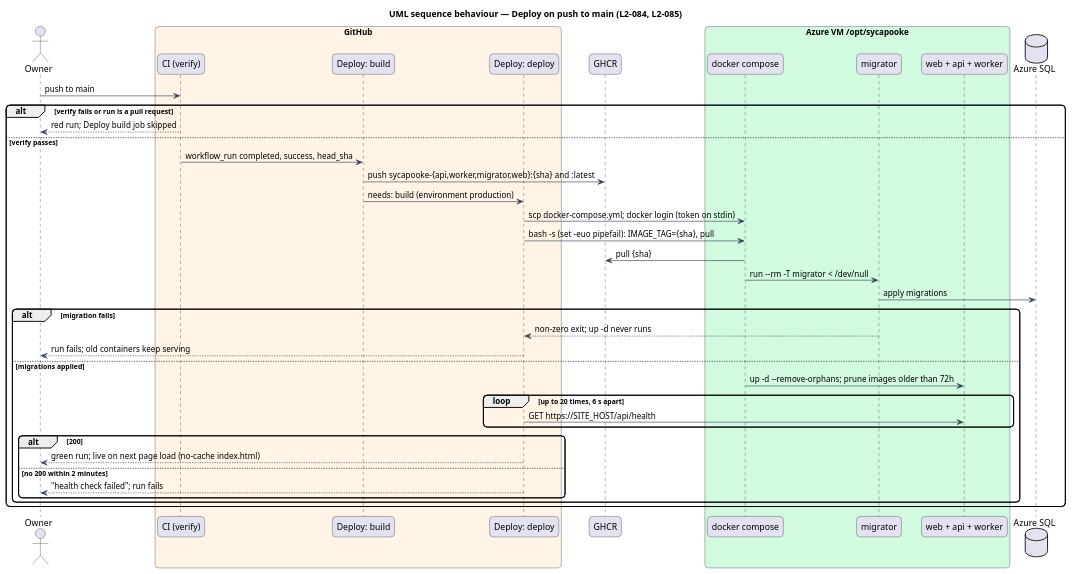
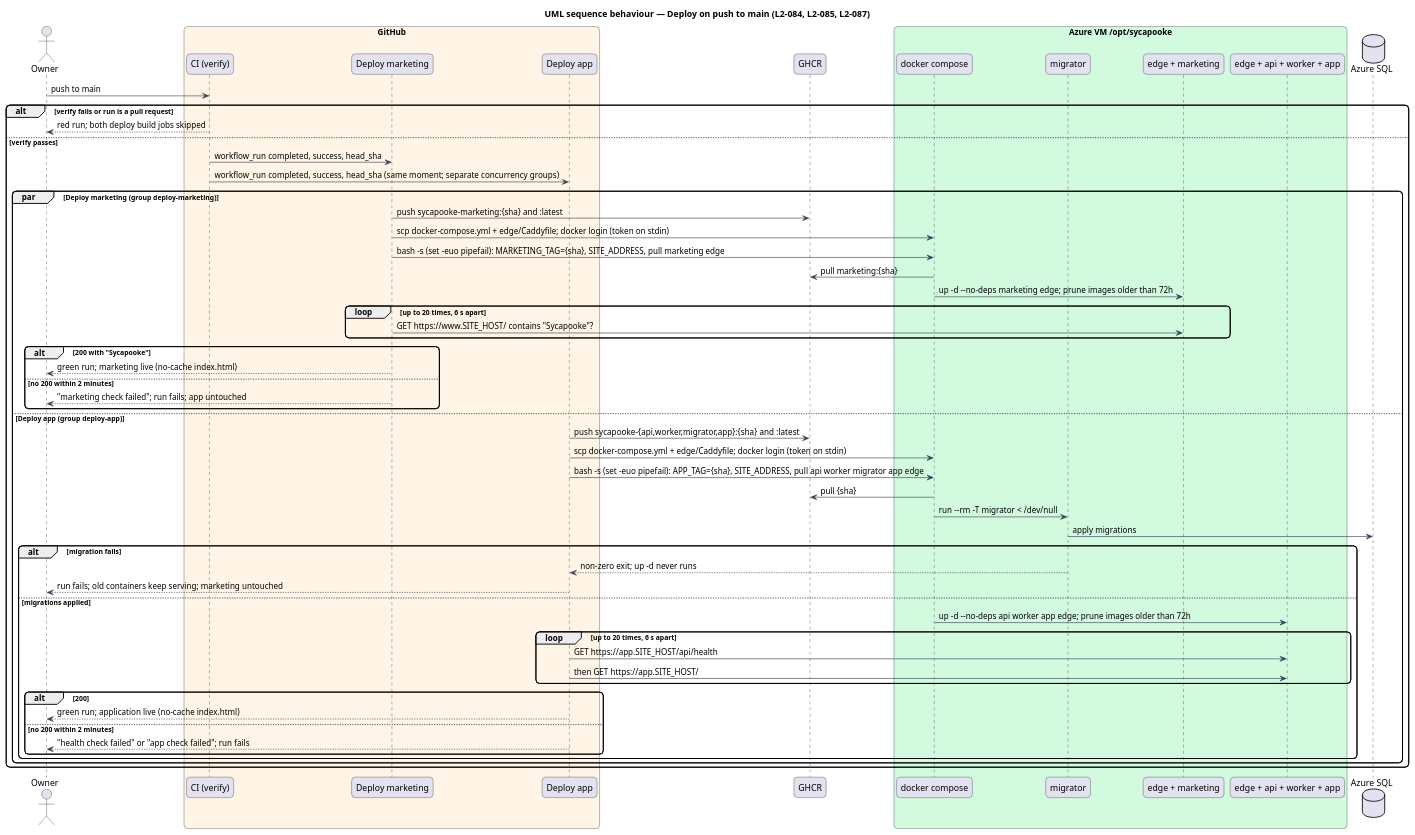
The diagram in docs/detailed-designs/platform/deploy-to-production/diagrams/sequence-deploy.puml (QuinntyneBrown/sycapooke), drawn with PlantUML before and after one commit. The commit also changed 22 other files, not shown here.

First line of the commit message:
Document the split deployments and reload the edge after each deploy

```diff
--- a/docs/detailed-designs/platform/deploy-to-production/diagrams/sequence-deploy.puml
+++ b/docs/detailed-designs/platform/deploy-to-production/diagrams/sequence-deploy.puml
@@ -1,48 +1,66 @@
 @startuml
-title UML sequence behaviour — Deploy on push to main (L2-084, L2-085)
+title UML sequence behaviour — Deploy on push to main (L2-084, L2-085, L2-087)
 skinparam backgroundColor #FFFFFF
 skinparam shadowing false
 skinparam roundcorner 12
 skinparam defaultFontName Arial
 skinparam ArrowColor #344054
 actor "Owner" as owner
 box "GitHub" #FFF4E5
   participant "CI (verify)" as ci
-  participant "Deploy: build" as build
-  participant "Deploy: deploy" as deploy
+  participant "Deploy marketing" as dm
+  participant "Deploy app" as da
 end box
 participant "GHCR" as ghcr
 box "Azure VM /opt/sycapooke" #D1FADF
   participant "docker compose" as compose
   participant "migrator" as mig
-  participant "web + api + worker" as stack
+  participant "edge + marketing" as mkt
+  participant "edge + api + worker + app" as stack
 end box
 database "Azure SQL" as sql
 owner -> ci : push to main
 alt verify fails or run is a pull request
-  ci --> owner : red run; Deploy build job skipped
+  ci --> owner : red run; both deploy build jobs skipped
 else verify passes
-  ci -> build : workflow_run completed, success, head_sha
-  build -> ghcr : push sycapooke-{api,worker,migrator,web}:{sha} and :latest
-  build -> deploy : needs: build (environment production)
-  deploy -> compose : scp docker-compose.yml; docker login (token on stdin)
-  deploy -> compose : bash -s (set -euo pipefail): IMAGE_TAG={sha}, pull
-  compose -> ghcr : pull {sha}
-  compose -> mig : run --rm -T migrator < /dev/null
-  mig -> sql : apply migrations
-  alt migration fails
-    mig --> deploy : non-zero exit; up -d never runs
-    deploy --> owner : run fails; old containers keep serving
-  else migrations applied
-    compose -> stack : up -d --remove-orphans; prune images older than 72h
+  ci -> dm : workflow_run completed, success, head_sha
+  ci -> da : workflow_run completed, success, head_sha (same moment; separate concurrency groups)
+  par Deploy marketing (group deploy-marketing)
+    dm -> ghcr : push sycapooke-marketing:{sha} and :latest
+    dm -> compose : scp docker-compose.yml + edge/Caddyfile; docker login (token on stdin)
+    dm -> compose : bash -s (set -euo pipefail): MARKETING_TAG={sha}, SITE_ADDRESS, pull marketing edge
+    compose -> ghcr : pull marketing:{sha}
+    compose -> mkt : up -d --no-deps marketing edge; prune images older than 72h
     loop up to 20 times, 6 s apart
-      deploy -> stack : GET https://SITE_HOST/api/health
+      dm -> mkt : GET https://www.SITE_HOST/ contains "Sycapooke"?
     end
-    alt 200
-      deploy --> owner : green run; live on next page load (no-cache index.html)
+    alt 200 with "Sycapooke"
+      dm --> owner : green run; marketing live (no-cache index.html)
     else no 200 within 2 minutes
-      deploy --> owner : "health check failed"; run fails
+      dm --> owner : "marketing check failed"; run fails; app untouched
+    end
+  else Deploy app (group deploy-app)
+    da -> ghcr : push sycapooke-{api,worker,migrator,app}:{sha} and :latest
+    da -> compose : scp docker-compose.yml + edge/Caddyfile; docker login (token on stdin)
+    da -> compose : bash -s (set -euo pipefail): APP_TAG={sha}, SITE_ADDRESS, pull api worker migrator app edge
+    compose -> ghcr : pull {sha}
+    compose -> mig : run --rm -T migrator < /dev/null
+    mig -> sql : apply migrations
+    alt migration fails
+      mig --> da : non-zero exit; up -d never runs
+      da --> owner : run fails; old containers keep serving; marketing untouched
+    else migrations applied
+      compose -> stack : up -d --no-deps api worker app edge; prune images older than 72h
+      loop up to 20 times, 6 s apart
+        da -> stack : GET https://app.SITE_HOST/api/health
+        da -> stack : then GET https://app.SITE_HOST/
+      end
+      alt 200
+        da --> owner : green run; application live (no-cache index.html)
+      else no 200 within 2 minutes
+        da --> owner : "health check failed" or "app check failed"; run fails
+      end
     end
   end
 end
 @enduml
```
